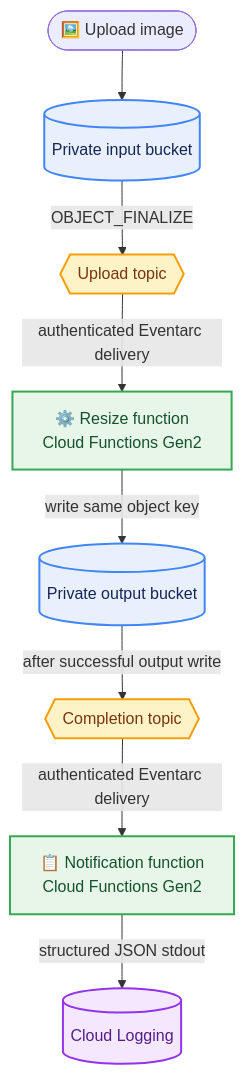
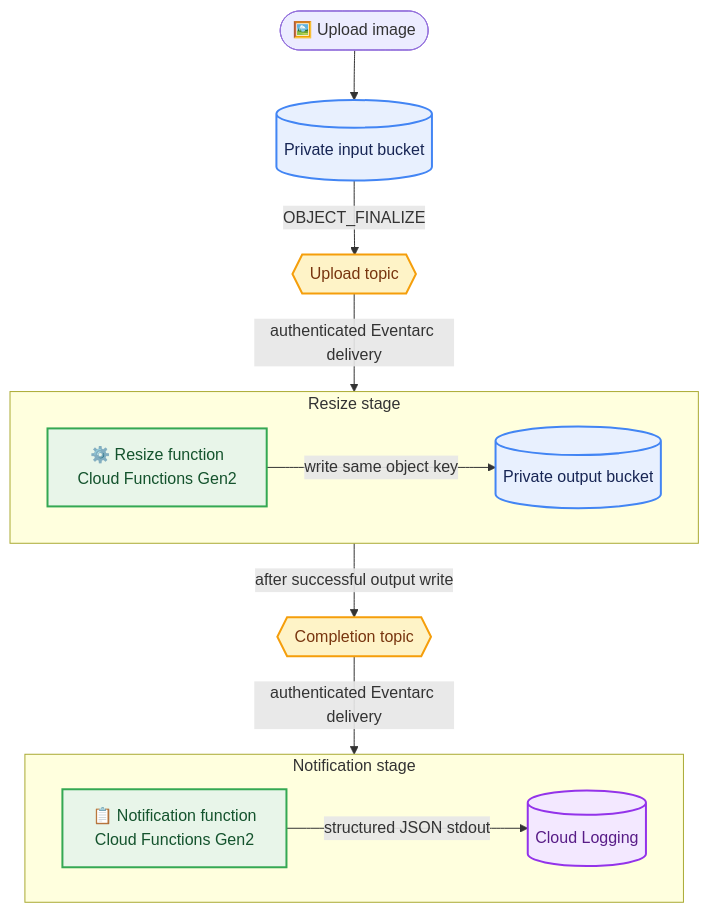
One commit to TheShivm/serverless-image-processing-gcp changed the first of 2 diagrams in README.md. Above: the diagram before and after it, drawn with Mermaid. The commit also changed other lines of this file, not shown here.

Commit message:
docs: balance architecture diagram layout

````diff
--- a/README.md
+++ b/README.md
@@ -28,28 +28,35 @@
 ```mermaid
 flowchart TB
     U([🖼️ Upload image])
     I[(Private input bucket)]
     P1{{Upload topic}}
-    R[⚙️ Resize function<br/>Cloud Functions Gen2]
-    O[(Private output bucket)]
     P2{{Completion topic}}
-    N[📋 Notification function<br/>Cloud Functions Gen2]
-    L[(Cloud Logging)]
 
-    U --> I
-    I -->|OBJECT_FINALIZE| P1
+    subgraph ResizeStage[Resize stage]
+        direction LR
+        R[⚙️ Resize function<br/>Cloud Functions Gen2]
+        O[(Private output bucket)]
+        R -->|write same object key| O
+    end
+
+    subgraph NotifyStage[Notification stage]
+        direction LR
+        N[📋 Notification function<br/>Cloud Functions Gen2]
+        L[(Cloud Logging)]
+        N -->|structured JSON stdout| L
+    end
+
+    U --> I -->|OBJECT_FINALIZE| P1
     P1 -->|authenticated Eventarc delivery| R
-    R -->|write same object key| O
     O -->|after successful output write| P2
     P2 -->|authenticated Eventarc delivery| N
-    N -->|structured JSON stdout| L
 
     classDef storage fill:#E8F0FE,stroke:#4285F4,color:#172554,stroke-width:2px;
     classDef topic fill:#FEF3C7,stroke:#F59E0B,color:#78350F,stroke-width:2px;
     classDef function fill:#E8F5E9,stroke:#34A853,color:#14532D,stroke-width:2px;
     classDef logging fill:#F3E8FF,stroke:#9333EA,color:#581C87,stroke-width:2px;
     class I,O storage;
     class P1,P2 topic;
     class R,N function;
     class L logging;
 ```
````
